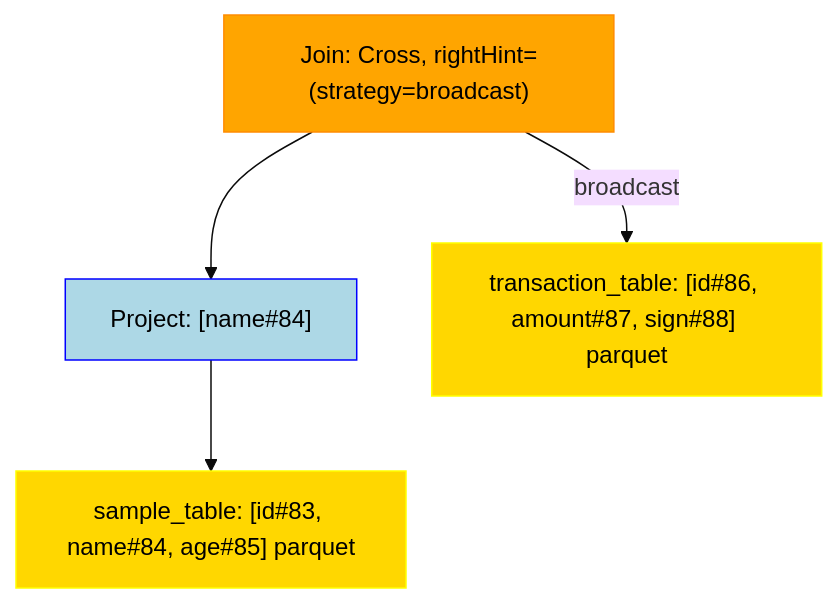
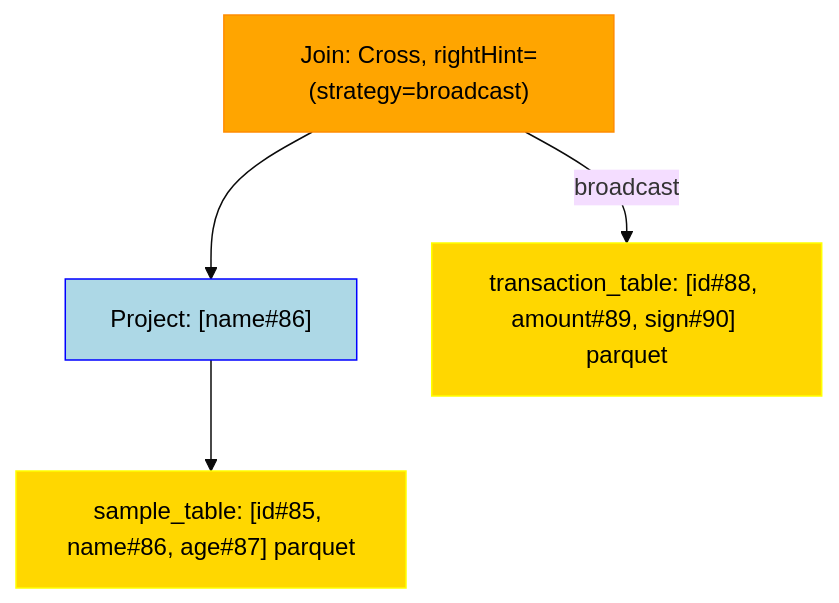
The diagram in data/visualization/join_cross_broadcast.mmd (NielkNetraam/explainalyzed), drawn with Mermaid (base theme) before and after one commit. The commit also changed 54 other files, not shown here.

```diff
--- a/data/visualization/join_cross_broadcast.mmd
+++ b/data/visualization/join_cross_broadcast.mmd
@@ -1,17 +1,17 @@
 flowchart TD
     classDef PROJECT stroke:Blue,fill:LightBlue,color:black
     classDef FILTER stroke:Green,fill:LightGreen,color:black
     classDef UNION stroke:Purple,fill:Violet,color:black
     classDef JOIN stroke:DarkOrange,fill:Orange,color:black
     classDef RELATION stroke:Yellow,fill:Gold,color:black
     classDef AGGREGATE stroke:Brown,fill:Chocolate,color:black
     classDef WINDOW stroke:Aqua,fill:Cyan,color:black
 
-    Join#1["Join: Cross, rightHint=(strategy=broadcast)"]:::JOIN
-    Project#11["Project: [name#84]"]:::PROJECT
-    Relation#111["sample_table: [id#83, name#84, age#85] parquet"]:::RELATION
-    Relation#12["transaction_table: [id#86, amount#87, sign#88] parquet"]:::RELATION
+    Join#00001["Join: Cross, rightHint=(strategy=broadcast)"]:::JOIN
+    Project#00002["Project: [name#86]"]:::PROJECT
+    Relation#00003["sample_table: [id#85, name#86, age#87] parquet"]:::RELATION
+    Relation#00004["transaction_table: [id#88, amount#89, sign#90] parquet"]:::RELATION
 
-    Join#1 --> Project#11
-        Project#11 --> Relation#111
-    Join#1 -- broadcast -->  Relation#12
+    Join#00001 --> Project#00002
+        Project#00002 --> Relation#00003
+    Join#00001 -- broadcast -->  Relation#00004
```
